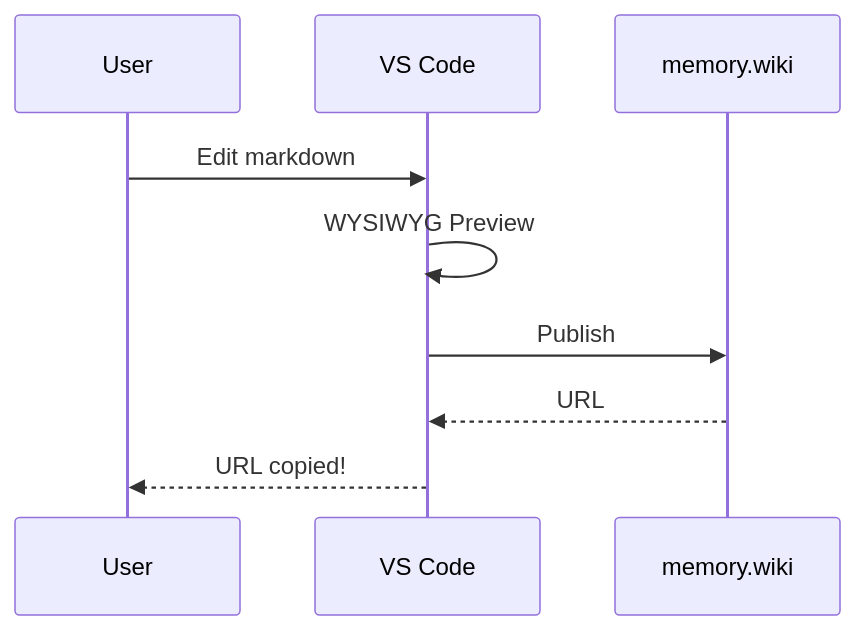
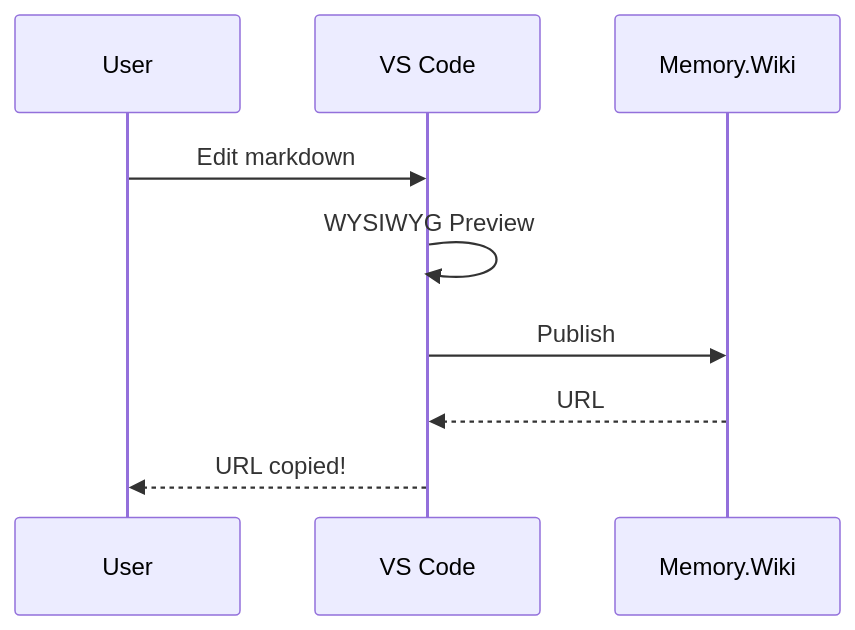
Before and after one commit to raymindai/memory-wiki: the second of 3 diagrams in apps/vscode-extension/test-all-features.md, drawn with Mermaid. The commit also changed other lines of this file and 232 other files, not shown here.

````diff
--- a/apps/vscode-extension/test-all-features.md
+++ b/apps/vscode-extension/test-all-features.md
@@ -165,11 +165,11 @@
 ```mermaid
 sequenceDiagram
     participant U as User
     participant V as VS Code
-    participant S as memory.wiki
+    participant S as Memory.Wiki
     U->>V: Edit markdown
     V->>V: WYSIWYG Preview
     V->>S: Publish
     S-->>V: URL
     V-->>U: URL copied!
 ```
````
